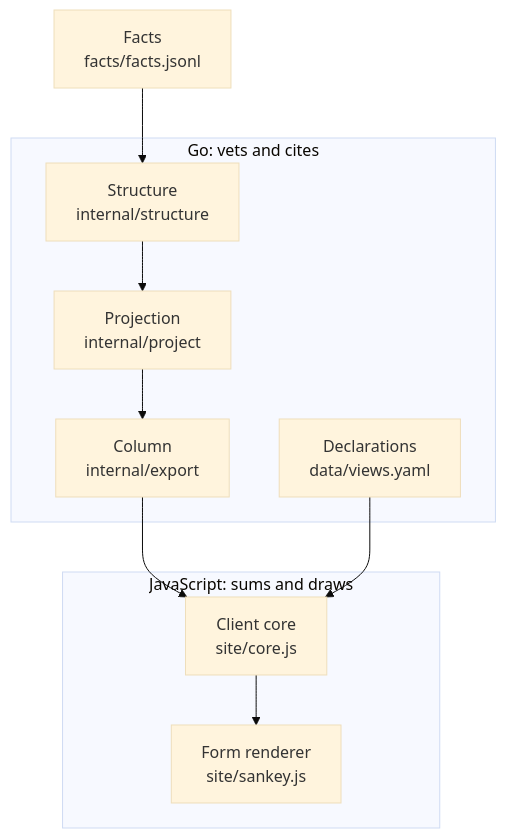
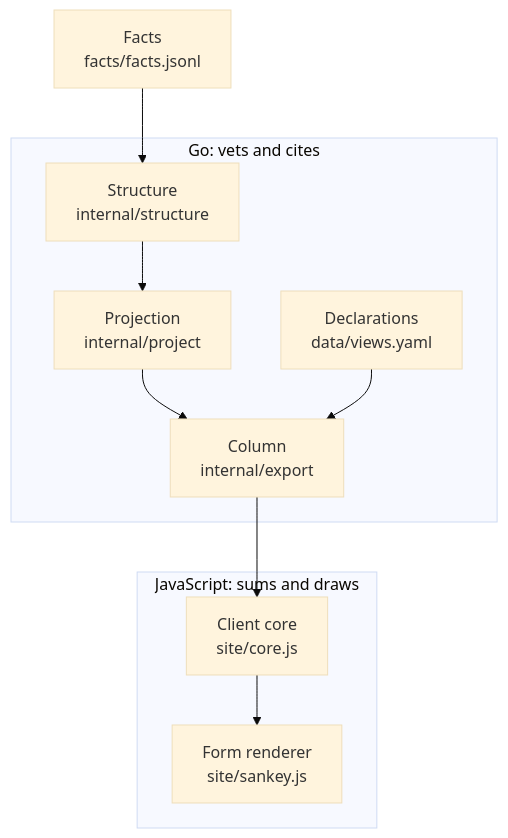
One commit to jcrussell/livermore-budget changed the diagram in docs/design/chart-model.md. Above: the diagram before and after it, drawn with Mermaid (base theme). The commit also changed 10 other files, not shown here.

````diff
--- a/docs/design/chart-model.md
+++ b/docs/design/chart-model.md
@@ -7,23 +7,23 @@
 ```mermaid
 flowchart TD
   facts["Facts<br/>facts/facts.jsonl"]
   structure["Structure<br/>internal/structure"]
   projection["Projection<br/>internal/project"]
   column["Column<br/>internal/export"]
   decl["Declarations<br/>data/views.yaml"]
   core["Client core<br/>site/core.js"]
   form["Form renderer<br/>site/sankey.js"]
   facts --> structure --> projection --> column --> core
-  decl --> core
+  decl --> column
   core --> form
   subgraph go["Go: vets and cites"]
     structure
     projection
     column
     decl
   end
   subgraph js["JavaScript: sums and draws"]
     core
     form
   end
 ```
````
